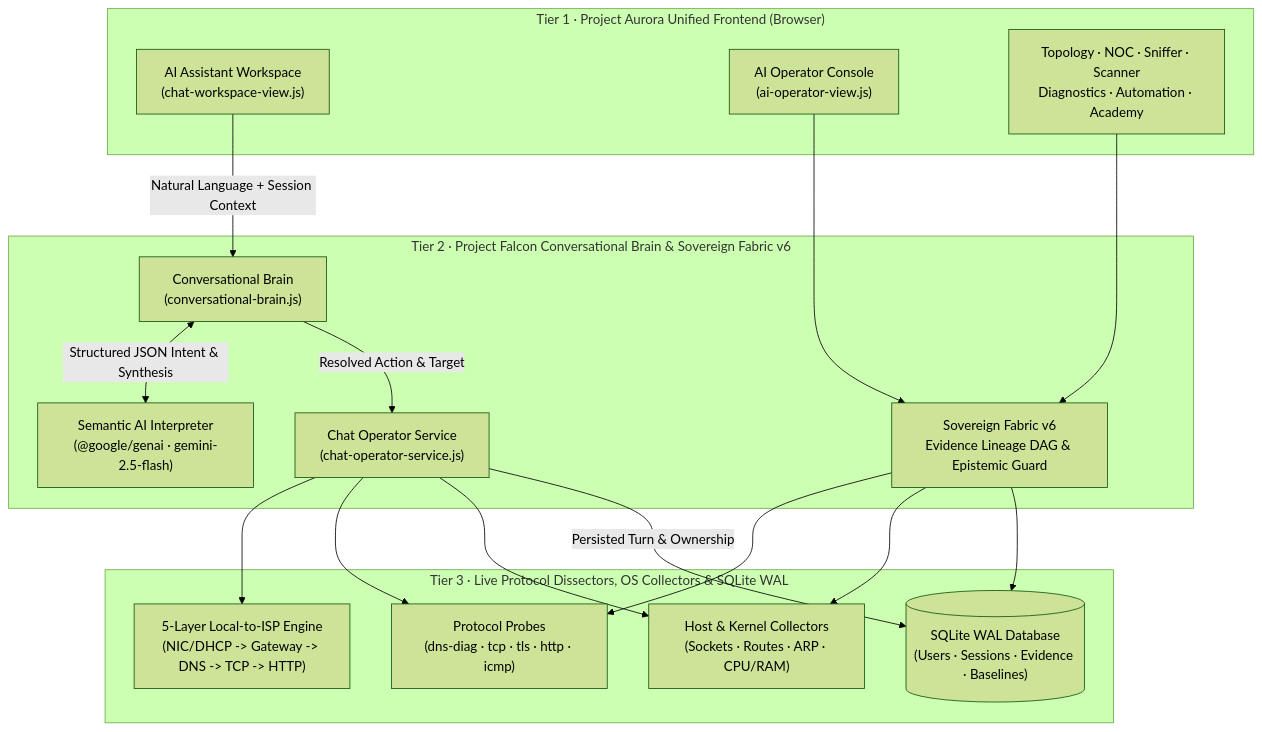
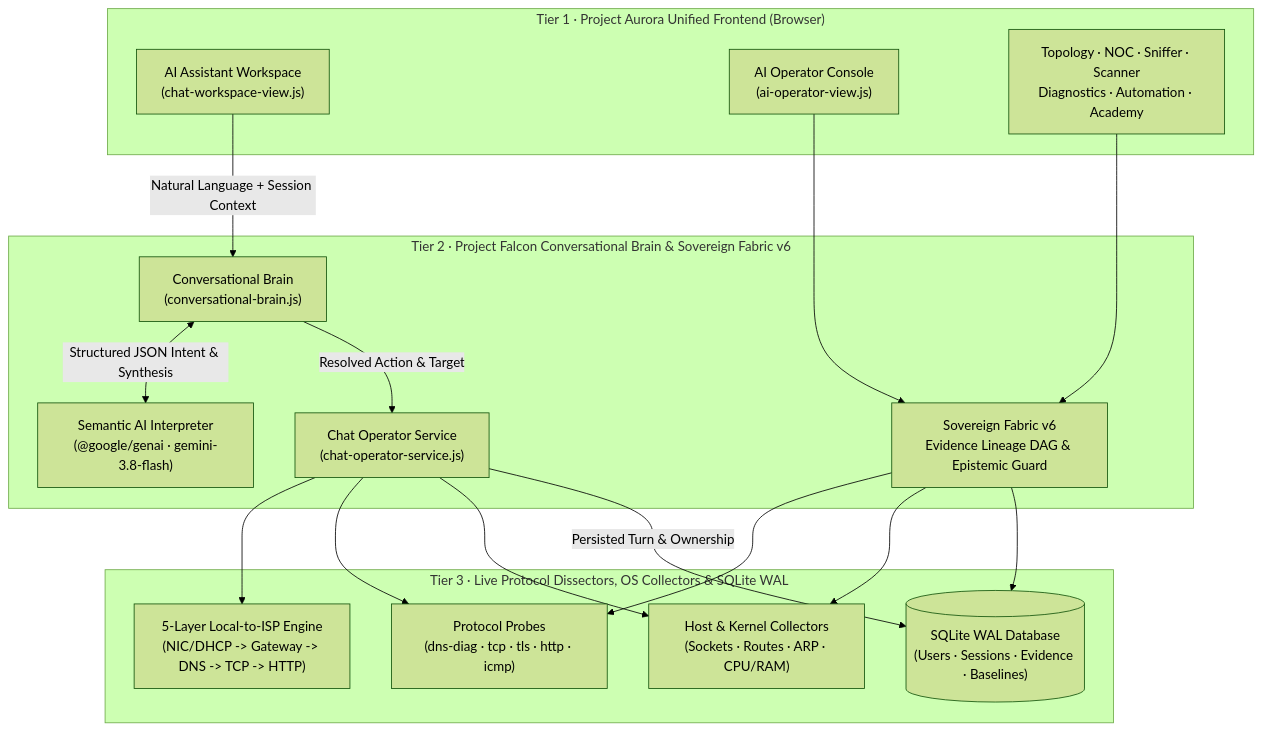
The first of 2 diagrams in README.md (EldarJamiyev/Eldar-Jamiyev-Infrastructure-Intelligence), drawn with Mermaid (forest theme) before and after one commit. The commit also changed other lines of this file and 10 other files, not shown here.

````diff
--- a/README.md
+++ b/README.md
@@ -174,30 +174,30 @@
 ```mermaid
 flowchart TB
     subgraph UI["Tier 1 · Project Aurora Unified Frontend (Browser)"]
         ChatUI["AI Assistant Workspace\n(chat-workspace-view.js)"]
         OpUI["AI Operator Console\n(ai-operator-view.js)"]
         Workstations["Topology · NOC · Sniffer · Scanner\nDiagnostics · Automation · Academy"]
     end
 
     subgraph Brain["Tier 2 · Project Falcon Conversational Brain & Sovereign Fabric v6"]
         ConvBrain["Conversational Brain\n(conversational-brain.js)"]
-        Gemini["Semantic AI Interpreter\n(@google/genai · gemini-2.5-flash)"]
+        Gemini["Semantic AI Interpreter\n(@google/genai · gemini-3.8-flash)"]
         ChatOp["Chat Operator Service\n(chat-operator-service.js)"]
         EvFabric["Sovereign Fabric v6\nEvidence Lineage DAG & Epistemic Guard"]
     end
 
     subgraph Probes["Tier 3 · Live Protocol Dissectors, OS Collectors & SQLite WAL"]
         LocalISP["5-Layer Local-to-ISP Engine\n(NIC/DHCP -> Gateway -> DNS -> TCP -> HTTP)"]
         Proto["Protocol Probes\n(dns-diag · tcp · tls · http · icmp)"]
         HostOS["Host & Kernel Collectors\n(Sockets · Routes · ARP · CPU/RAM)"]
         DB[("SQLite WAL Database\n(Users · Sessions · Evidence · Baselines)")]
     end
 
     ChatUI -->|"Natural Language + Session Context"| ConvBrain
     ConvBrain <-->|"Structured JSON Intent & Synthesis"| Gemini
     ConvBrain -->|"Resolved Action & Target"| ChatOp
     ChatOp --> LocalISP & Proto & HostOS
     OpUI & Workstations --> EvFabric
     EvFabric --> Proto & HostOS & DB
     ChatOp -->|"Persisted Turn & Ownership"| DB
 ```
````
